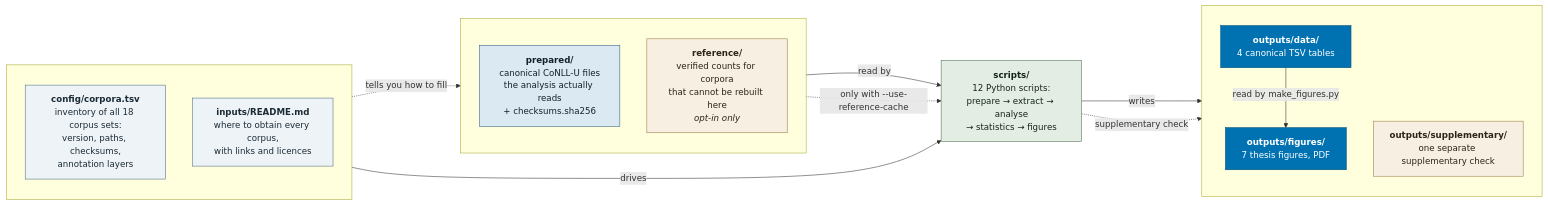
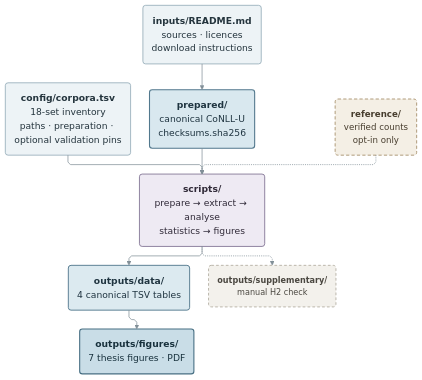
One commit to hulln/sl-word-order-repro changed the first of 2 diagrams in README.md. Above: the diagram before and after it, drawn with Mermaid. The commit also changed other lines of this file, not shown here.

Commit message:
docs: simplify README workflow diagrams

````diff
--- a/README.md
+++ b/README.md
@@ -43,43 +43,63 @@
 ```mermaid
-flowchart LR
-  subgraph DOC[" "]
-    direction TB
-    CFG["<b>config/corpora.tsv</b><br/>inventory of all 18 corpus sets:<br/>version, paths, checksums,<br/>annotation layers"]
-    INP["<b>inputs/README.md</b><br/>where to obtain every corpus,<br/>with links and licences"]
-  end
+---
+config:
+  layout: elk
+  theme: base
+  fontFamily: Arial
+  themeVariables:
+    fontFamily: Arial
+    fontSize: 17px
+    primaryTextColor: "#24343d"
+    lineColor: "#829098"
+    background: "#ffffff"
+    edgeLabelBackground: "#ffffff"
+  flowchart:
+    htmlLabels: true
+    curve: linear
+    nodeSpacing: 42
+    rankSpacing: 48
+    padding: 16
+  elk:
+    mergeEdges: true
+    nodePlacementStrategy: LINEAR_SEGMENTS
+    nodePlacementAlignment: BALANCED
+---
+flowchart TB
+    GUIDE("<b>inputs/README.md</b><br/>sources · licences<br/>download instructions")
+    CFG("<b>config/corpora.tsv</b><br/>18-set inventory<br/>paths · preparation · optional validation pins")
 
-  subgraph DATA[" "]
-    direction TB
-    PREP["<b>prepared/</b><br/>canonical CoNLL-U files<br/>the analysis actually reads<br/>+ checksums.sha256"]
-    REF["<b>reference/</b><br/>verified counts for corpora<br/>that cannot be rebuilt here<br/><i>opt-in only</i>"]
-  end
+    PREP("<b>prepared/</b><br/>canonical CoNLL-U<br/>checksums.sha256")
+    REF("<b>reference/</b><br/>verified counts<br/>opt-in only")
 
-  SCR["<b>scripts/</b><br/>12 Python scripts:<br/>prepare → extract → analyse<br/>→ statistics → figures"]
+    PIPE("<b>scripts/</b><br/>prepare → extract → analyse<br/>statistics → figures")
 
-  subgraph OUT[" "]
-    direction TB
-    ODATA["<b>outputs/data/</b><br/>4 canonical TSV tables"]
-    OFIG["<b>outputs/figures/</b><br/>7 thesis figures, PDF"]
-    OSUP["<b>outputs/supplementary/</b><br/>one separate supplementary check"]
-  end
+    DATA("<b>outputs/data/</b><br/>4 canonical TSV tables")
+    FIG("<b>outputs/figures/</b><br/>7 thesis figures · PDF")
+    SUP("<b>outputs/supplementary/</b><br/>manual H2 check")
 
-  CFG -->|"drives"| SCR
-  INP -.->|"tells you how to fill"| PREP
-  PREP -->|"read by"| SCR
-  REF -.->|"only with --use-reference-cache"| SCR
-  SCR -->|"writes"| ODATA
-  ODATA -->|"read by make_figures.py"| OFIG
-  SCR -.->|"supplementary check"| OSUP
+    GUIDE --> PREP
+    PREP --> PIPE
+    CFG --> PIPE
+    REF -.-> PIPE
+    PIPE --> DATA
+    DATA --> FIG
+    PIPE -.-> SUP
 
-  classDef doc fill:#eef3f7,stroke:#4a6b82,color:#1b2b36
-  classDef data fill:#dbe9f2,stroke:#2f5f80,color:#12222c
-  classDef cache fill:#f6efe2,stroke:#9a7b3f,color:#2c2418
-  classDef code fill:#e4ede4,stroke:#4a7050,color:#16241a
-  classDef out fill:#0072B2,stroke:#004b75,color:#ffffff
-  class CFG,INP doc
-  class PREP data
-  class REF cache
-  class SCR code
-  class ODATA,OFIG out
-  class OSUP cache
+    classDef source fill:#edf3f6,stroke:#8ca5b3,stroke-width:1.4px,color:#24343d,font-size:17px
+    classDef prepared fill:#d9e8ef,stroke:#52788d,stroke-width:2px,color:#1f3440,font-size:17px
+    classDef cache fill:#f4efe5,stroke:#a58e69,stroke-width:1.6px,stroke-dasharray:6 4,color:#473d2e,font-size:16px
+    classDef analysis fill:#eeeaf3,stroke:#817394,stroke-width:1.6px,color:#302a38,font-size:17px
+    classDef result fill:#dceaf0,stroke:#52788d,stroke-width:1.7px,color:#1f3440,font-size:17px
+    classDef final fill:#c9dde7,stroke:#466e82,stroke-width:2px,color:#18313d,font-size:17px
+    classDef secondary fill:#f3f1ec,stroke:#a39c8e,stroke-width:1.3px,stroke-dasharray:5 4,color:#4a4740,font-size:15px
+
+    class GUIDE,CFG source
+    class PREP prepared
+    class REF cache
+    class PIPE analysis
+    class DATA result
+    class FIG final
+    class SUP secondary
+
+    linkStyle default stroke:#829098,stroke-width:1.35px
 ```
````
